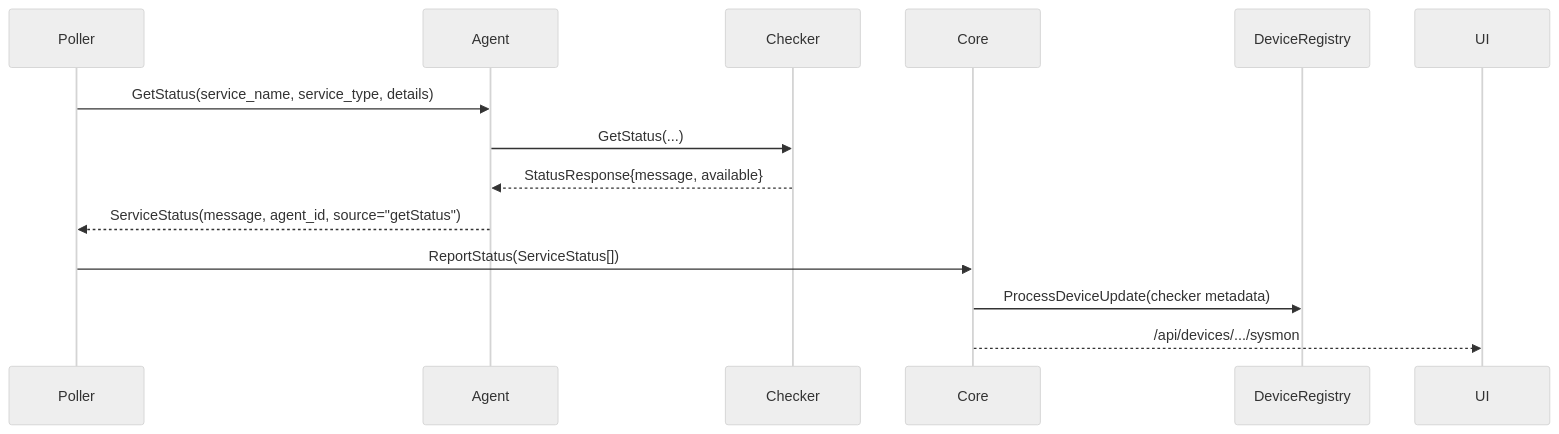
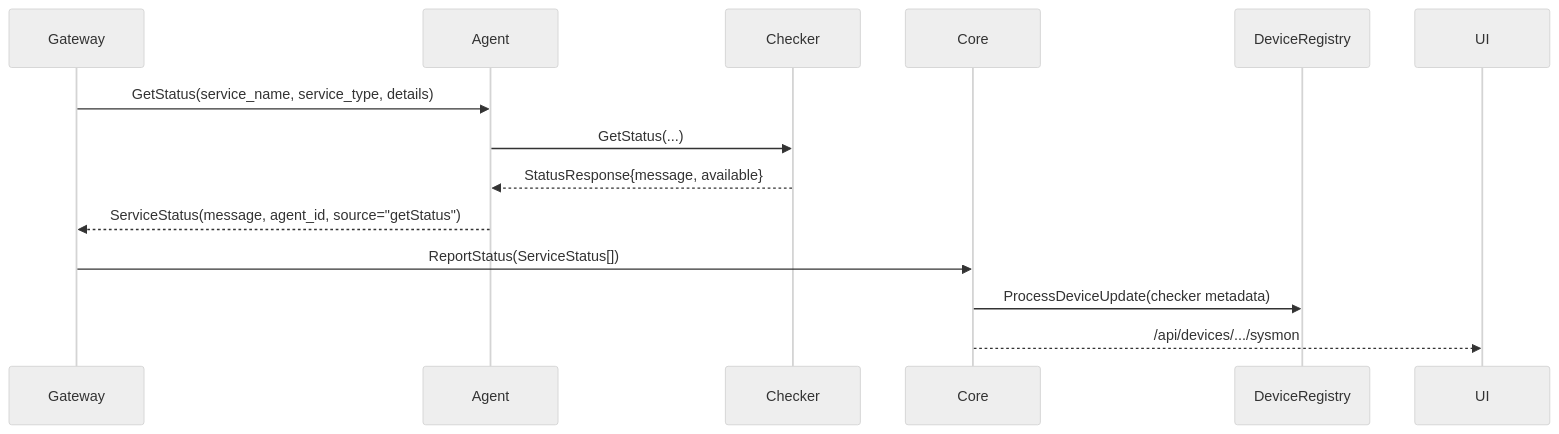
Before and after one commit to carverauto/serviceradar: the second of 2 diagrams in docs/docs/custom-checkers.md, drawn with Mermaid (neutral theme). The commit also changed other lines of this file and 118 other files, not shown here.

````diff
--- a/docs/docs/custom-checkers.md
+++ b/docs/docs/custom-checkers.md
@@ -43,10 +43,10 @@
 ```mermaid
 sequenceDiagram
-    Poller->>Agent: GetStatus(service_name, service_type, details)
+    Gateway->>Agent: GetStatus(service_name, service_type, details)
     Agent->>Checker: GetStatus(...)
     Checker-->>Agent: StatusResponse{message, available}
-    Agent-->>Poller: ServiceStatus(message, agent_id, source="getStatus")
-    Poller->>Core: ReportStatus(ServiceStatus[])
+    Agent-->>Gateway: ServiceStatus(message, agent_id, source="getStatus")
+    Gateway->>Core: ReportStatus(ServiceStatus[])
     Core->>DeviceRegistry: ProcessDeviceUpdate(checker metadata)
     Core-->>UI: /api/devices/.../sysmon
 ```
````
